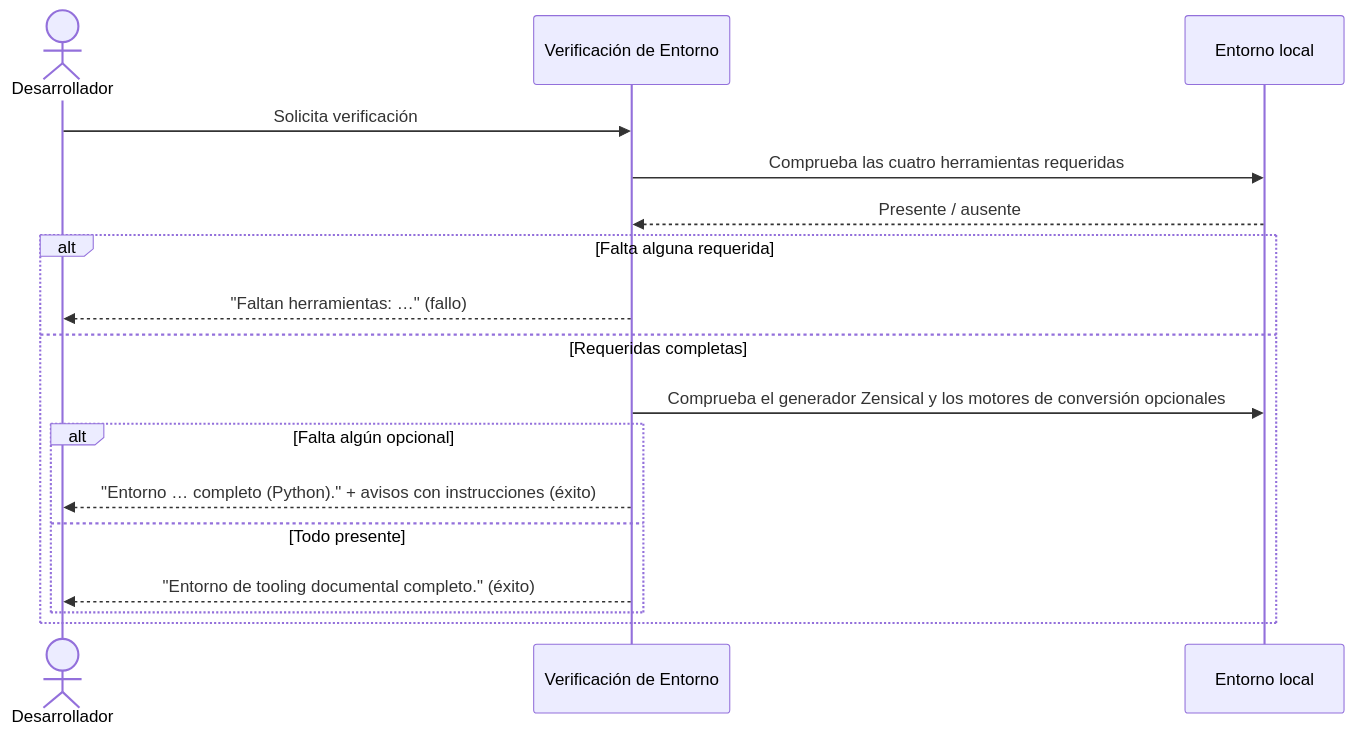
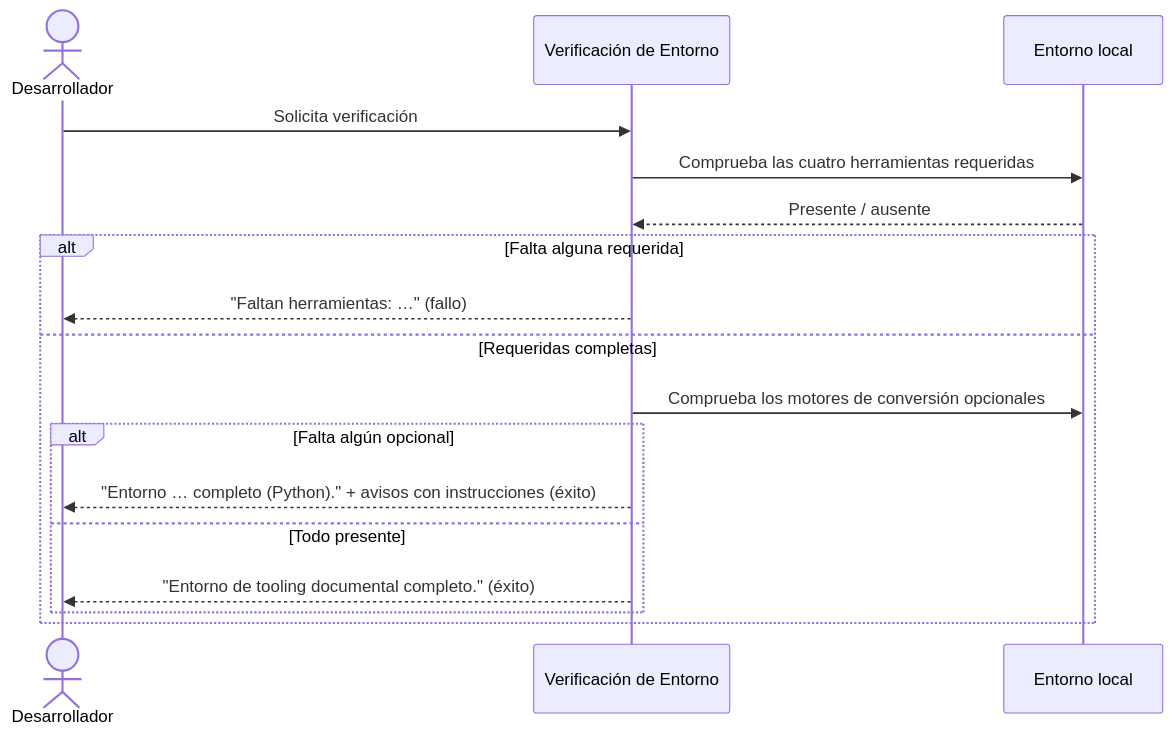
The diagram in docs/functional/check_env.md (fmanza/doc_ia), drawn with Mermaid before and after one commit. The commit also changed other lines of this file and 34 other files, not shown here.

First line of the commit message:
feat(build)!: Zensical como único generador de doc_ia

````diff
--- a/docs/functional/check_env.md
+++ b/docs/functional/check_env.md
@@ -33,22 +33,22 @@
 ```mermaid
 sequenceDiagram
     accTitle: Verificación del entorno
     accDescr: El desarrollador pide la verificación; si falta una herramienta requerida, falla; si no, comprueba las opcionales y termina con éxito, con avisos si falta alguna.
     actor Dev as Desarrollador
     participant Ver as Verificación de Entorno
     participant Ent as Entorno local
 
     Dev->>Ver: Solicita verificación
     Ver->>Ent: Comprueba las cuatro herramientas requeridas
     Ent-->>Ver: Presente / ausente
     alt Falta alguna requerida
         Ver-->>Dev: "Faltan herramientas: …" (fallo)
     else Requeridas completas
-        Ver->>Ent: Comprueba el generador Zensical y los motores de conversión opcionales
+        Ver->>Ent: Comprueba los motores de conversión opcionales
         alt Falta algún opcional
             Ver-->>Dev: "Entorno … completo (Python)." + avisos con instrucciones (éxito)
         else Todo presente
             Ver-->>Dev: "Entorno de tooling documental completo." (éxito)
         end
     end
 ```
````
